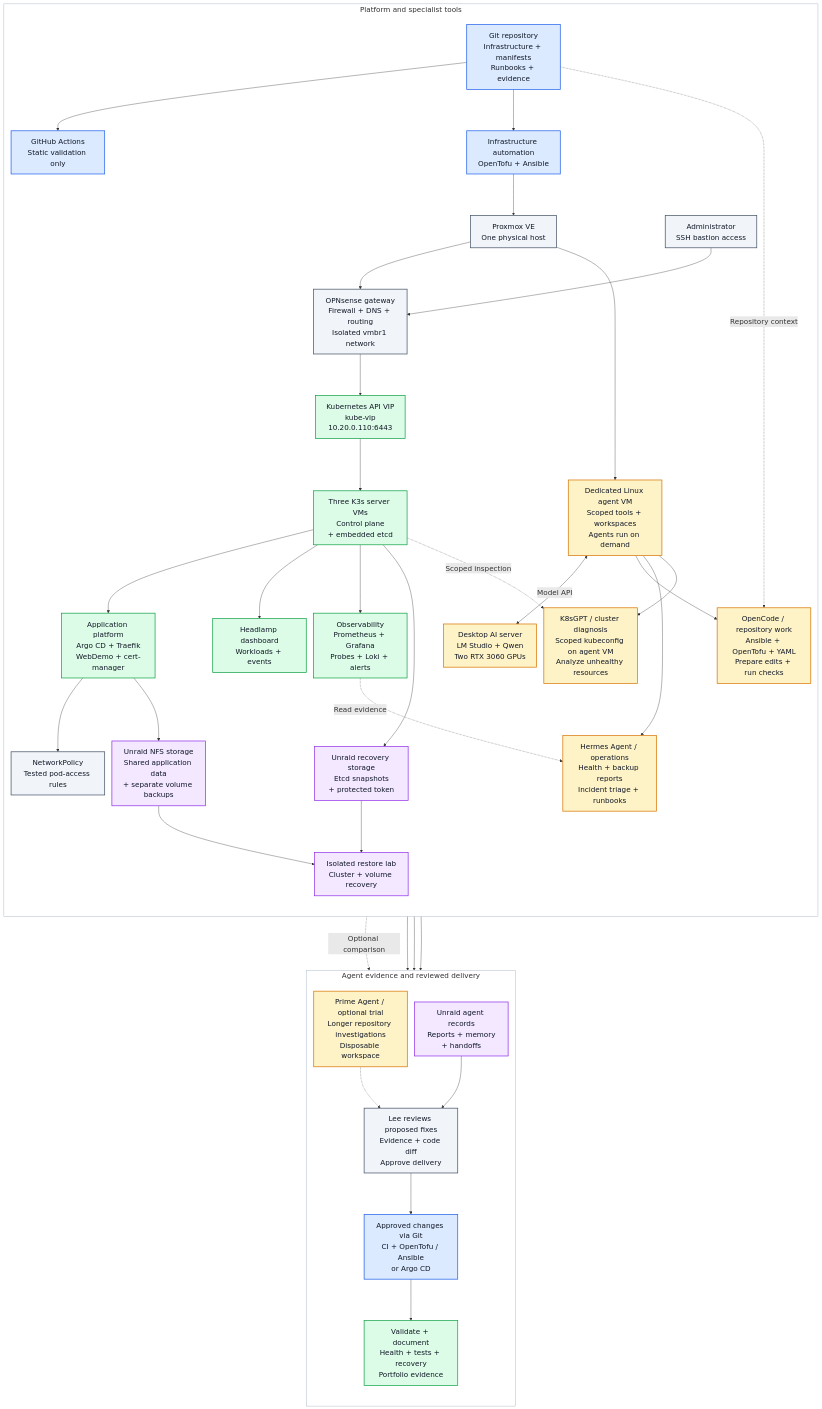
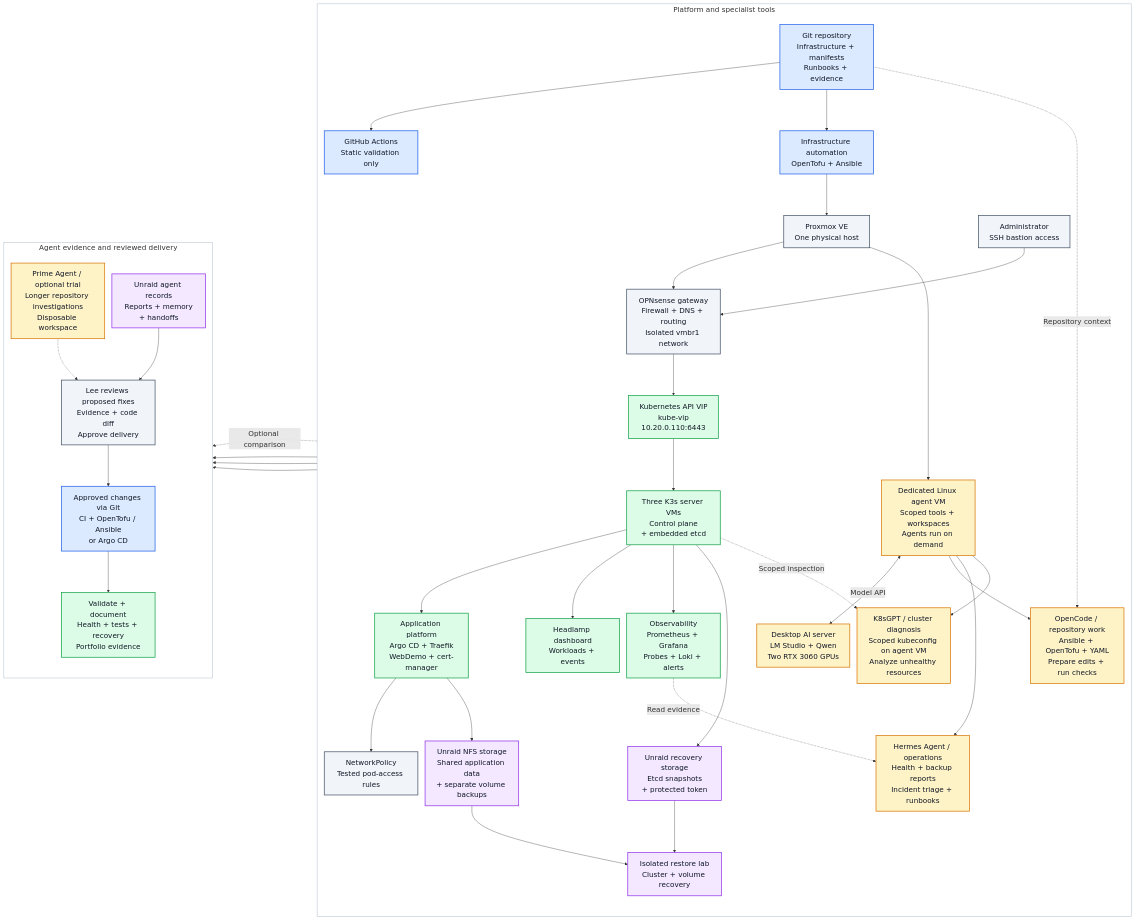
One commit to Capasiter/homelab-portfolio changed the third of 3 diagrams in README.md. Above: the diagram before and after it, drawn with Mermaid.

Commit message:
docs: position reviewed delivery to the left of platform

````diff
--- a/README.md
+++ b/README.md
@@ -237,6 +237,6 @@
 ```mermaid
 %%{init: {"flowchart": {"nodeSpacing": 20, "rankSpacing": 90, "curve": "basis"}, "themeVariables": {"fontSize": "20px"}}}%%
-flowchart TD
+flowchart RL
     subgraph ReviewLane["Agent evidence and reviewed delivery"]
         direction TB
     Prime["Prime Agent / optional trial<br/>Longer repository investigations<br/>Disposable workspace"]
````
